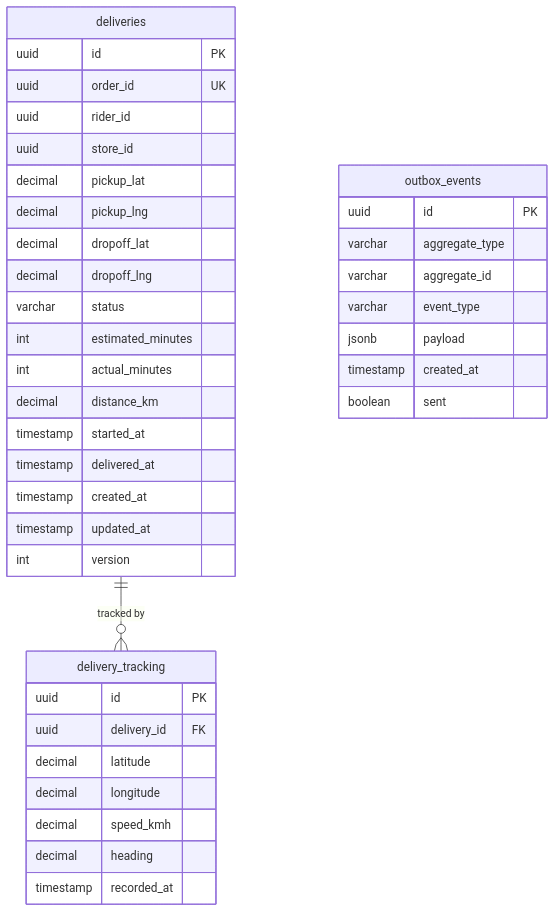
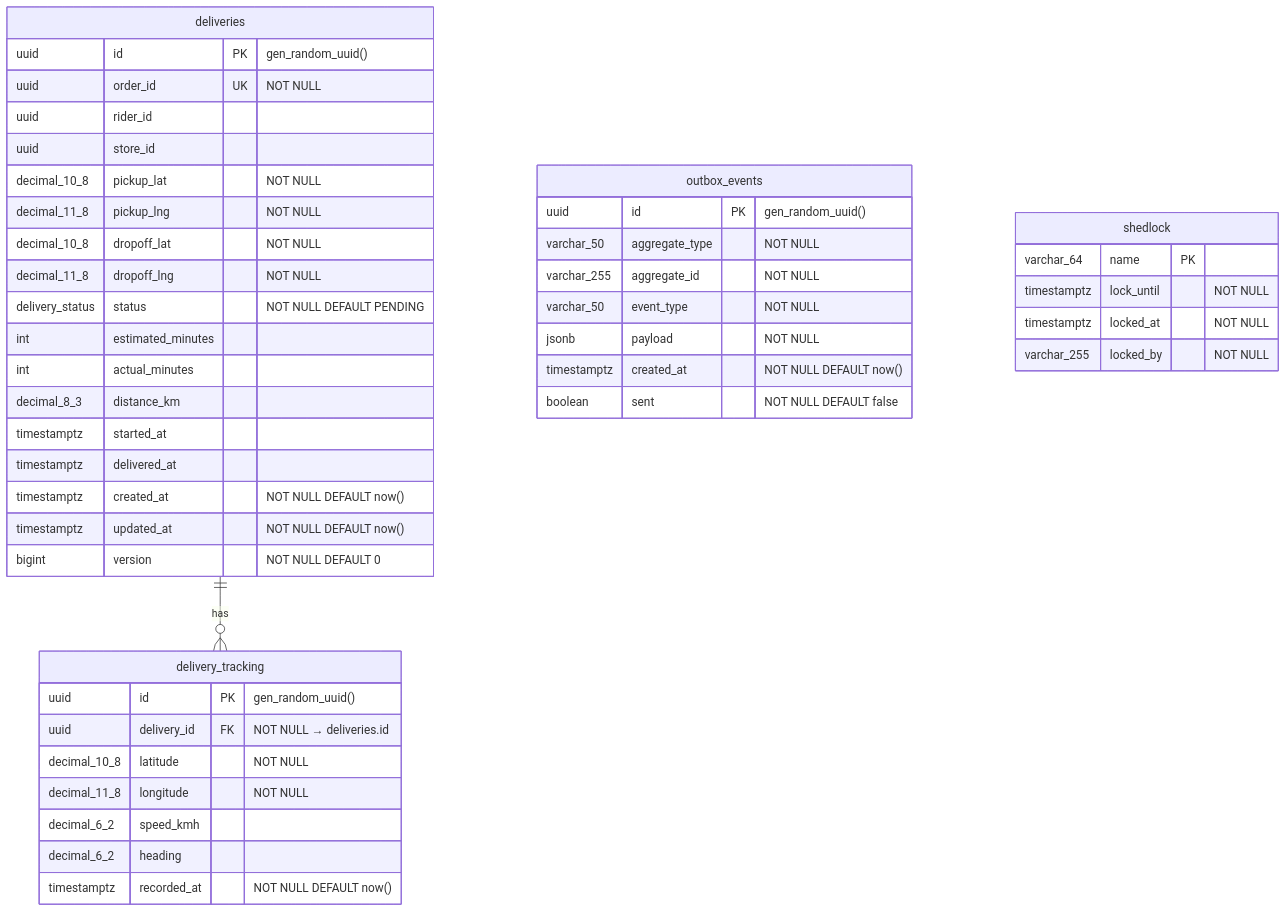
The sixth of 6 diagrams in services/routing-eta-service/README.md (sunitakeazycommerz-a11y/InstaCommerce), drawn with Mermaid before and after one commit. The commit also changed other lines of this file and 2 other files, not shown here.

````diff
--- a/services/routing-eta-service/README.md
+++ b/services/routing-eta-service/README.md
@@ -149,41 +384,47 @@
 ```mermaid
 erDiagram
     deliveries {
-        uuid id PK
-        uuid order_id UK
+        uuid id PK "gen_random_uuid()"
+        uuid order_id UK "NOT NULL"
         uuid rider_id
         uuid store_id
-        decimal pickup_lat
-        decimal pickup_lng
-        decimal dropoff_lat
-        decimal dropoff_lng
-        varchar status
+        decimal_10_8 pickup_lat "NOT NULL"
+        decimal_11_8 pickup_lng "NOT NULL"
+        decimal_10_8 dropoff_lat "NOT NULL"
+        decimal_11_8 dropoff_lng "NOT NULL"
+        delivery_status status "NOT NULL DEFAULT PENDING"
         int estimated_minutes
         int actual_minutes
-        decimal distance_km
-        timestamp started_at
-        timestamp delivered_at
-        timestamp created_at
-        timestamp updated_at
-        int version
+        decimal_8_3 distance_km
+        timestamptz started_at
+        timestamptz delivered_at
+        timestamptz created_at "NOT NULL DEFAULT now()"
+        timestamptz updated_at "NOT NULL DEFAULT now()"
+        bigint version "NOT NULL DEFAULT 0"
     }
     delivery_tracking {
-        uuid id PK
-        uuid delivery_id FK
-        decimal latitude
-        decimal longitude
-        decimal speed_kmh
-        decimal heading
-        timestamp recorded_at
+        uuid id PK "gen_random_uuid()"
+        uuid delivery_id FK "NOT NULL → deliveries.id"
+        decimal_10_8 latitude "NOT NULL"
+        decimal_11_8 longitude "NOT NULL"
+        decimal_6_2 speed_kmh
+        decimal_6_2 heading
+        timestamptz recorded_at "NOT NULL DEFAULT now()"
     }
     outbox_events {
-        uuid id PK
-        varchar aggregate_type
-        varchar aggregate_id
-        varchar event_type
-        jsonb payload
-        timestamp created_at
-        boolean sent
+        uuid id PK "gen_random_uuid()"
+        varchar_50 aggregate_type "NOT NULL"
+        varchar_255 aggregate_id "NOT NULL"
+        varchar_50 event_type "NOT NULL"
+        jsonb payload "NOT NULL"
+        timestamptz created_at "NOT NULL DEFAULT now()"
+        boolean sent "NOT NULL DEFAULT false"
     }
-    deliveries ||--o{ delivery_tracking : "tracked by"
+    shedlock {
+        varchar_64 name PK
+        timestamptz lock_until "NOT NULL"
+        timestamptz locked_at "NOT NULL"
+        varchar_255 locked_by "NOT NULL"
+    }
+    deliveries ||--o{ delivery_tracking : "has"
 ```
````
